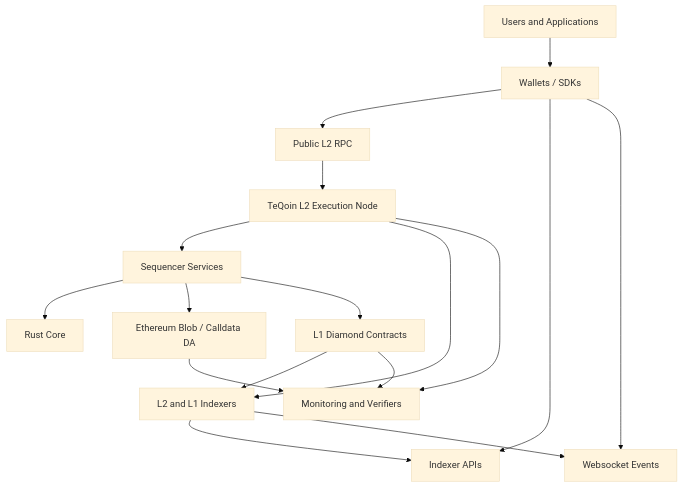
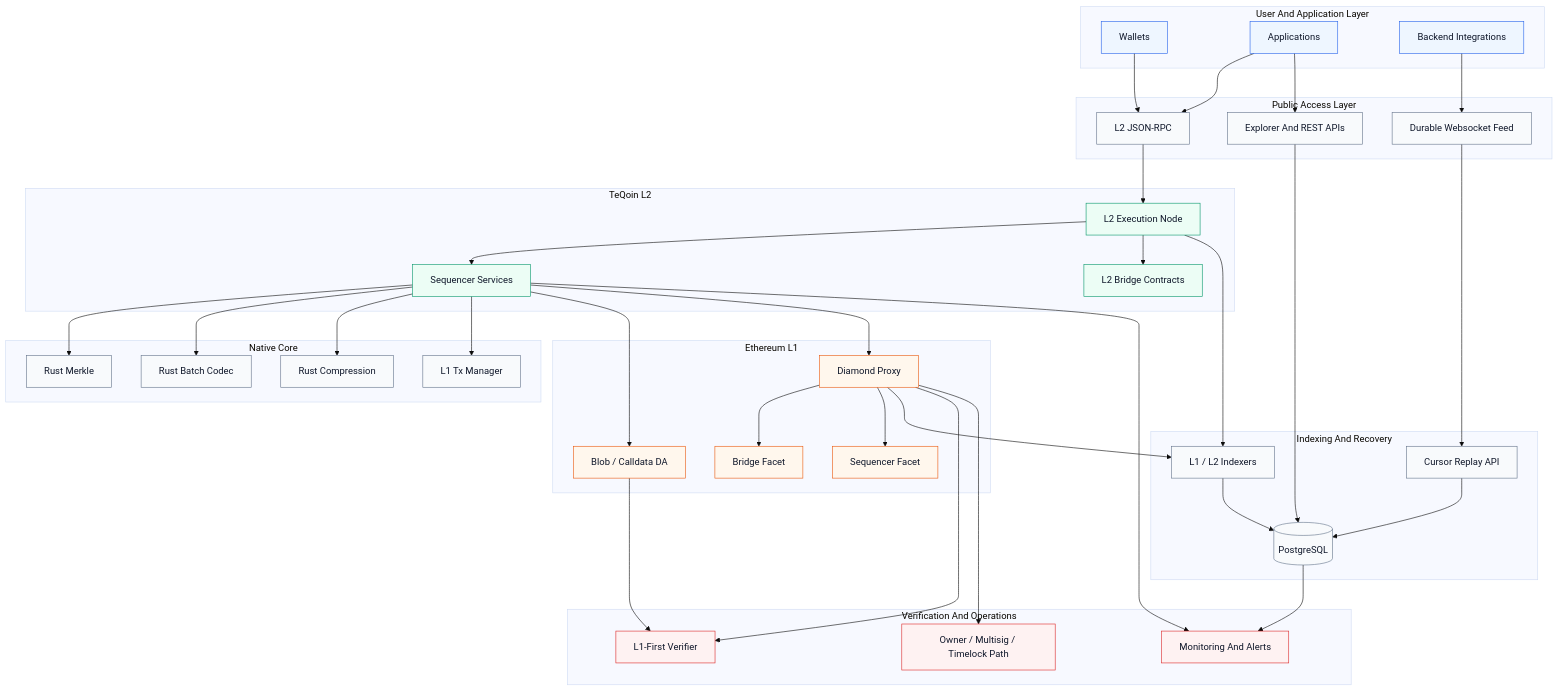
Before and after one commit to TeQoin-Blockchain/TeQoin-l2: the first of 5 diagrams in README.md, drawn with Mermaid (base theme). The commit also changed other lines of this file and 2 other files, not shown here.

Commit message:
docs(readme): polish architecture visuals

````diff
--- a/README.md
+++ b/README.md
@@ -39,32 +28,86 @@
 ```mermaid
 flowchart TB
-  user[Users and Applications]
-  wallet[Wallets / SDKs]
-  rpc[Public L2 RPC]
-  api[Indexer APIs]
-  ws[Websocket Events]
-  l2[TeQoin L2 Execution Node]
-  seq[Sequencer Services]
-  rust[Rust Core]
-  da[Ethereum Blob / Calldata DA]
-  l1[L1 Diamond Contracts]
-  indexer[L2 and L1 Indexers]
-  monitor[Monitoring and Verifiers]
+  classDef user fill:#eef6ff,stroke:#2563eb,color:#0f172a
+  classDef l2 fill:#ecfdf5,stroke:#059669,color:#0f172a
+  classDef l1 fill:#fff7ed,stroke:#ea580c,color:#0f172a
+  classDef data fill:#f8fafc,stroke:#64748b,color:#0f172a
+  classDef guard fill:#fef2f2,stroke:#dc2626,color:#0f172a
 
-  user --> wallet
+  subgraph Users[User And Application Layer]
+    wallet[Wallets]
+    dapps[Applications]
+    integrators[Backend Integrations]
+  end
+
+  subgraph Access[Public Access Layer]
+    rpc[L2 JSON-RPC]
+    rest[Explorer And REST APIs]
+    websocket[Durable Websocket Feed]
+  end
+
+  subgraph Execution[TeQoin L2]
+    geth[L2 Execution Node]
+    sequencer[Sequencer Services]
+    bridgeL2[L2 Bridge Contracts]
+  end
+
+  subgraph Native[Native Core]
+    merkle[Rust Merkle]
+    codec[Rust Batch Codec]
+    compression[Rust Compression]
+    txmanager[L1 Tx Manager]
+  end
+
+  subgraph Ethereum[Ethereum L1]
+    da[Blob / Calldata DA]
+    diamond[Diamond Proxy]
+    bridgeL1[Bridge Facet]
+    seqFacet[Sequencer Facet]
+  end
+
+  subgraph Data[Indexing And Recovery]
+    postgres[(PostgreSQL)]
+    indexers[L1 / L2 Indexers]
+    replay[Cursor Replay API]
+  end
+
+  subgraph Security[Verification And Operations]
+    verifier[L1-First Verifier]
+    monitors[Monitoring And Alerts]
+    governance[Owner / Multisig / Timelock Path]
+  end
+
   wallet --> rpc
-  wallet --> api
-  wallet --> ws
-  rpc --> l2
-  l2 --> seq
-  seq --> rust
-  seq --> da
-  seq --> l1
-  l2 --> indexer
-  l1 --> indexer
-  indexer --> api
-  indexer --> ws
-  da --> monitor
-  l1 --> monitor
-  l2 --> monitor
+  dapps --> rpc
+  dapps --> rest
+  integrators --> websocket
+  websocket --> replay
+  rpc --> geth
+  geth --> sequencer
+  geth --> bridgeL2
+  sequencer --> merkle
+  sequencer --> codec
+  sequencer --> compression
+  sequencer --> txmanager
+  sequencer --> da
+  sequencer --> diamond
+  diamond --> bridgeL1
+  diamond --> seqFacet
+  geth --> indexers
+  diamond --> indexers
+  indexers --> postgres
+  rest --> postgres
+  replay --> postgres
+  da --> verifier
+  diamond --> verifier
+  sequencer --> monitors
+  postgres --> monitors
+  diamond --> governance
+
+  class wallet,dapps,integrators user
+  class rpc,rest,websocket,replay,postgres,indexers data
+  class geth,sequencer,bridgeL2 l2
+  class merkle,codec,compression,txmanager data
+  class da,diamond,bridgeL1,seqFacet l1
+  class verifier,monitors,governance guard
 ```
````
